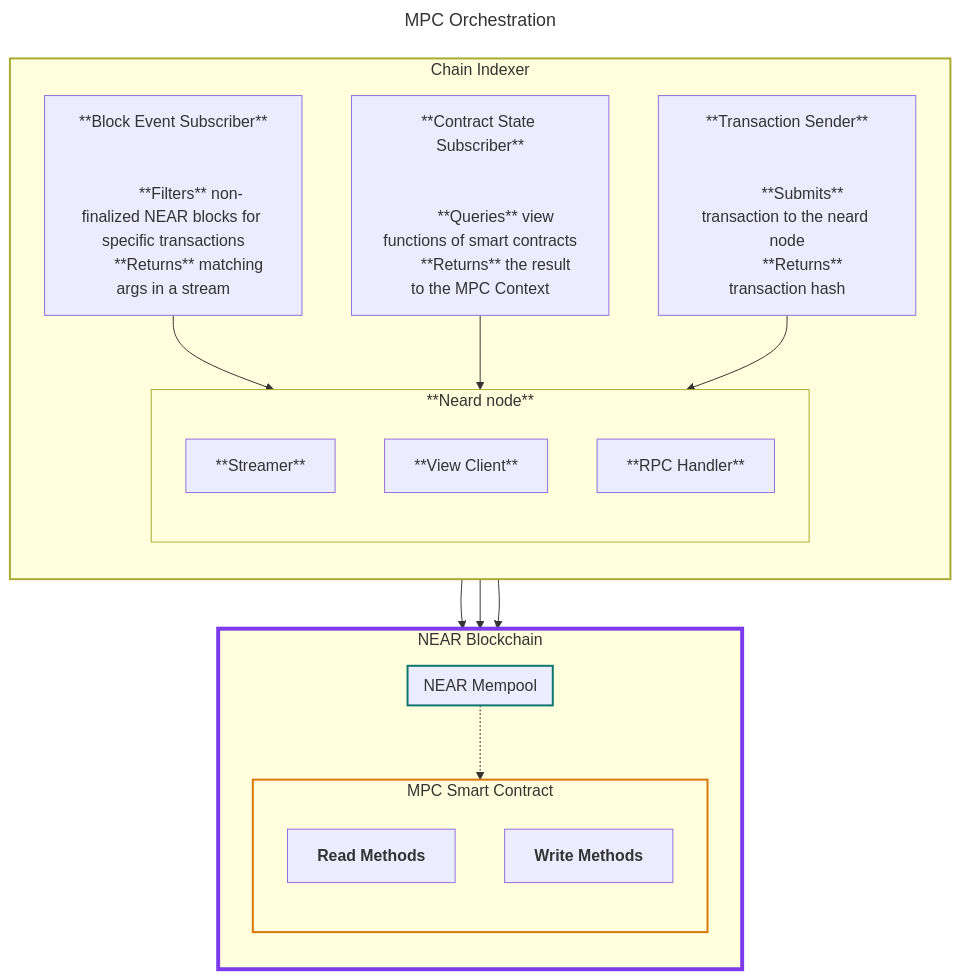
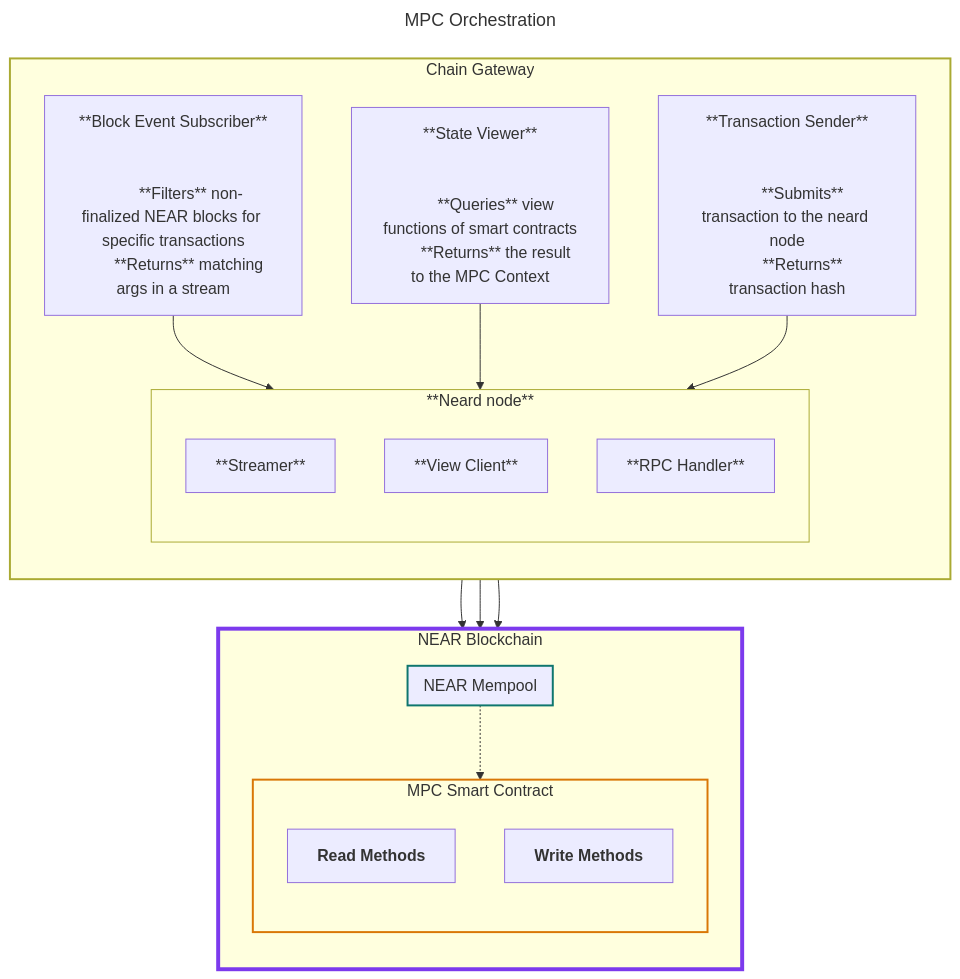
One commit to near/mpc changed the diagram in crates/chain-gateway/README.md. Above: the diagram before and after it, drawn with Mermaid. The commit also changed other lines of this file, not shown here.

```diff
--- a/crates/chain-gateway/README.md
+++ b/crates/chain-gateway/README.md
@@ -25,14 +21,14 @@
 ---
 flowchart TB
 
-subgraph CHAIN[Chain Indexer]
+subgraph CHAIN[Chain Gateway]
     direction TB
     TX_SUBSCRIBER[**Block Event Subscriber**<br/><br/>
         **Filters** non-finalized NEAR blocks for specific transactions
-        **Returns** matching args in a stream 
+        **Returns** matching args in a stream
     ]
 
-    CONTRACT_STATE_VIEWER[**Contract State Subscriber**<br/><br/>
+    CONTRACT_STATE_VIEWER[**State Viewer**<br/><br/>
         **Queries** view functions of smart contracts
         **Returns** the result to the MPC Context
     ]
@@ -55,7 +51,7 @@
 
 subgraph NEAR[NEAR Blockchain]
     direction TB
-    
+
     subgraph MEMPOOL[NEAR Mempool]
     end
 
@@ -75,7 +71,7 @@
 end
 
 
-%% Chain Indexer --> Neard Node
+%% Chain Gateway --> Neard Node
 TX_SUBSCRIBER --> BLOCK_STREAMER
 CONTRACT_STATE_VIEWER --> VIEW_CLIENT
 TX_SENDER --> RPC_HANDLER
```
